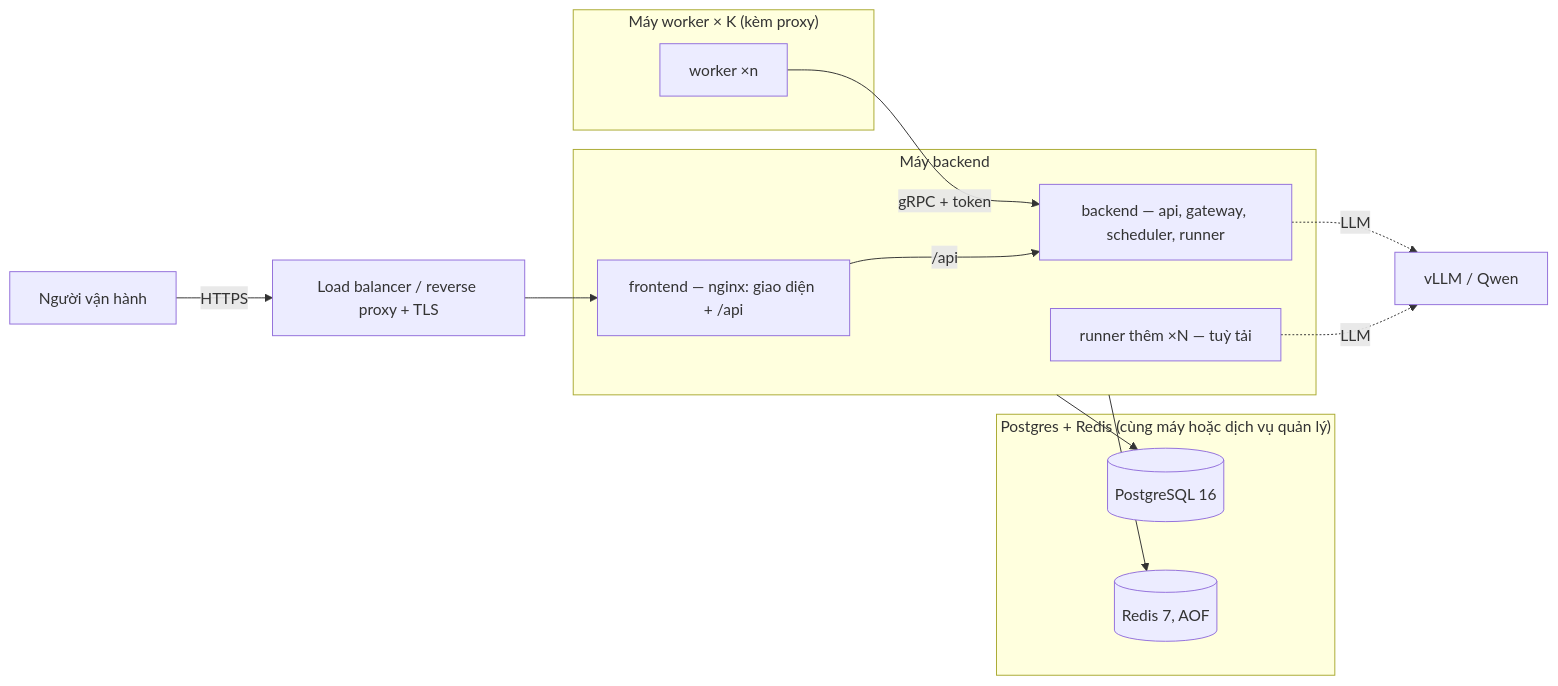
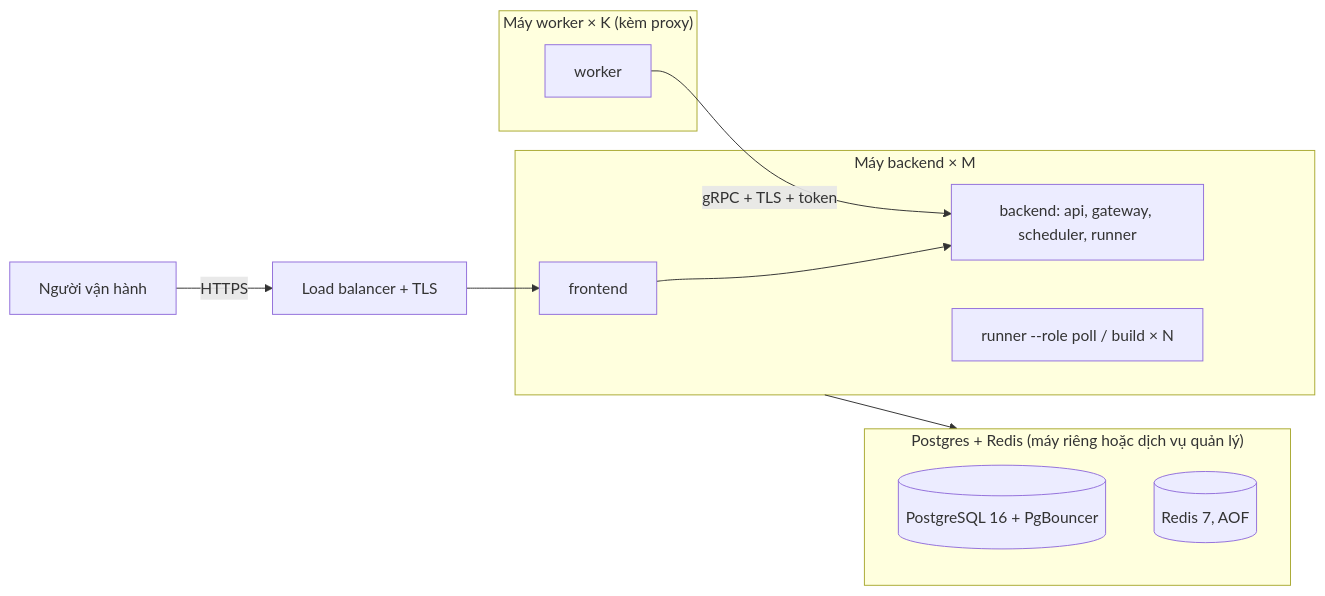
The diagram in docs/DEPLOY.md (ntthanh2603/job-crawler), drawn with Mermaid before and after one commit. The commit also changed other lines of this file and 3 other files, not shown here.

First line of the commit message:
docs: shorter architecture / operations / deploy docs with scale tiers

````diff
--- a/docs/DEPLOY.md
+++ b/docs/DEPLOY.md
@@ -10,21 +11,18 @@
 ```mermaid
 flowchart LR
-  subgraph data["Postgres + Redis (cùng máy hoặc dịch vụ quản lý)"]
-    PG[(PostgreSQL 16)]
+  subgraph data["Postgres + Redis (máy riêng hoặc dịch vụ quản lý)"]
+    PG[(PostgreSQL 16 + PgBouncer)]
     RD[(Redis 7, AOF)]
   end
-  subgraph app["Máy backend"]
-    FE[frontend — nginx: giao diện + /api]
-    BE[backend — api, gateway, scheduler, runner]
-    RX[runner thêm ×N — tuỳ tải]
+  subgraph app["Máy backend × M"]
+    FE[frontend]
+    BE[backend: api, gateway, scheduler, runner]
+    RX[runner --role poll / build × N]
   end
   subgraph workers["Máy worker × K (kèm proxy)"]
-    W1[worker ×n]
+    W[worker]
   end
-  U[Người vận hành] -->|HTTPS| LB[Load balancer / reverse proxy + TLS] --> FE
-  FE -->|/api| BE
-  W1 -->|gRPC + token| BE
-  app --> PG
-  app --> RD
-  BE & RX -.->|LLM| LLM[vLLM / Qwen]
+  U[Người vận hành] -->|HTTPS| LB[Load balancer + TLS] --> FE --> BE
+  W -->|gRPC + TLS + token| BE
+  app --> data
 ```
````
